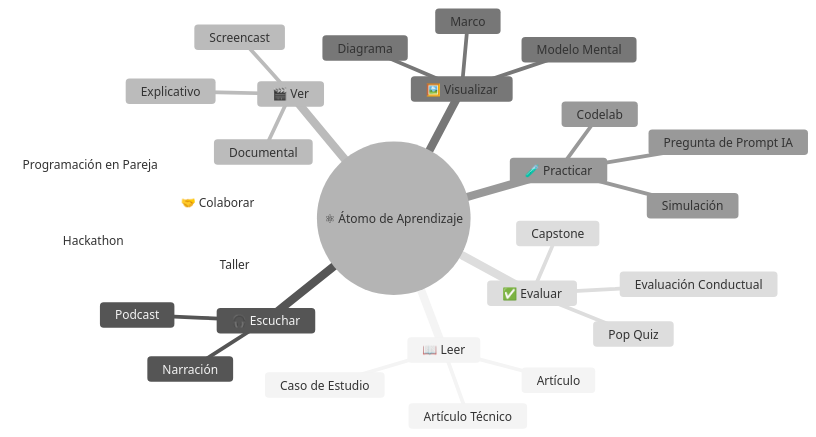
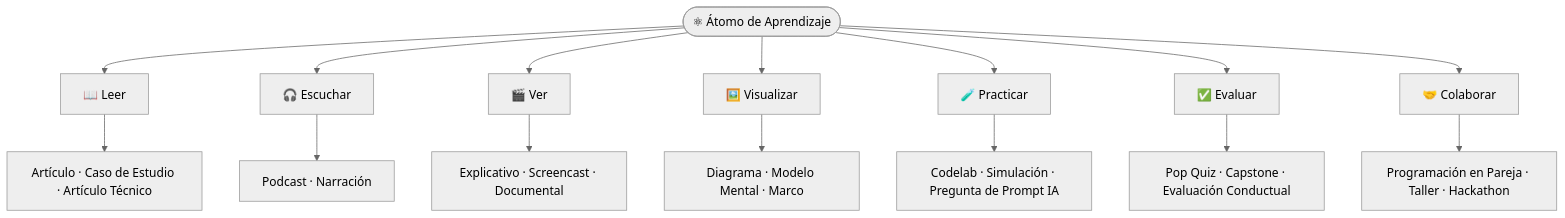
Before and after one commit to ada-school/ada-methodology: the first of 3 diagrams in README-ES.md, drawn with Mermaid (neutral theme). The commit also changed other lines of this file and 17 other files, not shown here.

````diff
--- a/README-ES.md
+++ b/README-ES.md
@@ -80,31 +80,17 @@
 ```mermaid
-mindmap
-  root((⚛ Átomo de Aprendizaje))
-    📖 Leer
-      Artículo
-      Caso de Estudio
-      Artículo Técnico
-    🎧 Escuchar
-      Podcast
-      Narración
-    🎬 Ver
-      Explicativo
-      Screencast
-      Documental
-    🖼️ Visualizar
-      Diagrama
-      Modelo Mental
-      Marco
-    🧪 Practicar
-      Codelab
-      Simulación
-      Pregunta de Prompt IA
-    ✅ Evaluar
-      Pop Quiz
-      Capstone
-      Evaluación Conductual
-    🤝 Colaborar
-      Programación en Pareja
-      Taller
-      Hackathon
+flowchart TD
+  A(["⚛ Átomo de Aprendizaje"]) --> R["📖 Leer"]
+  A --> L["🎧 Escuchar"]
+  A --> W["🎬 Ver"]
+  A --> S["🖼️ Visualizar"]
+  A --> P["🧪 Practicar"]
+  A --> E["✅ Evaluar"]
+  A --> C["🤝 Colaborar"]
+  R --> R1["Artículo · Caso de Estudio · Artículo Técnico"]
+  L --> L1["Podcast · Narración"]
+  W --> W1["Explicativo · Screencast · Documental"]
+  S --> S1["Diagrama · Modelo Mental · Marco"]
+  P --> P1["Codelab · Simulación · Pregunta de Prompt IA"]
+  E --> E1["Pop Quiz · Capstone · Evaluación Conductual"]
+  C --> C1["Programación en Pareja · Taller · Hackathon"]
 ```
````
